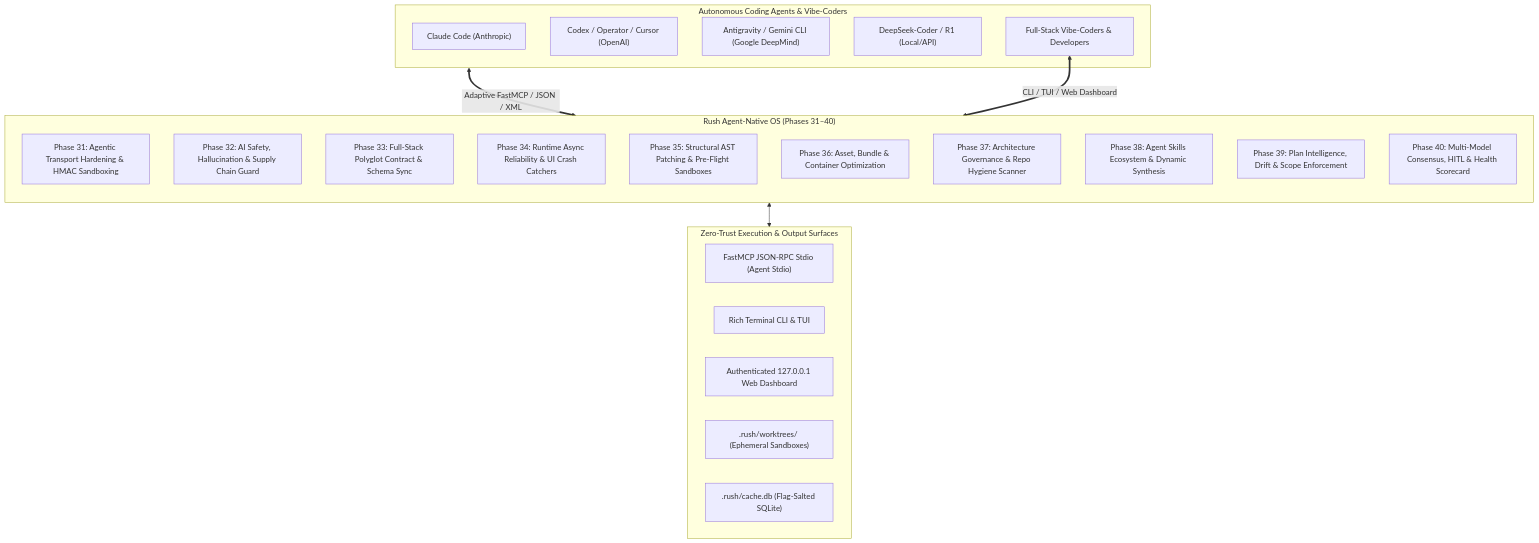
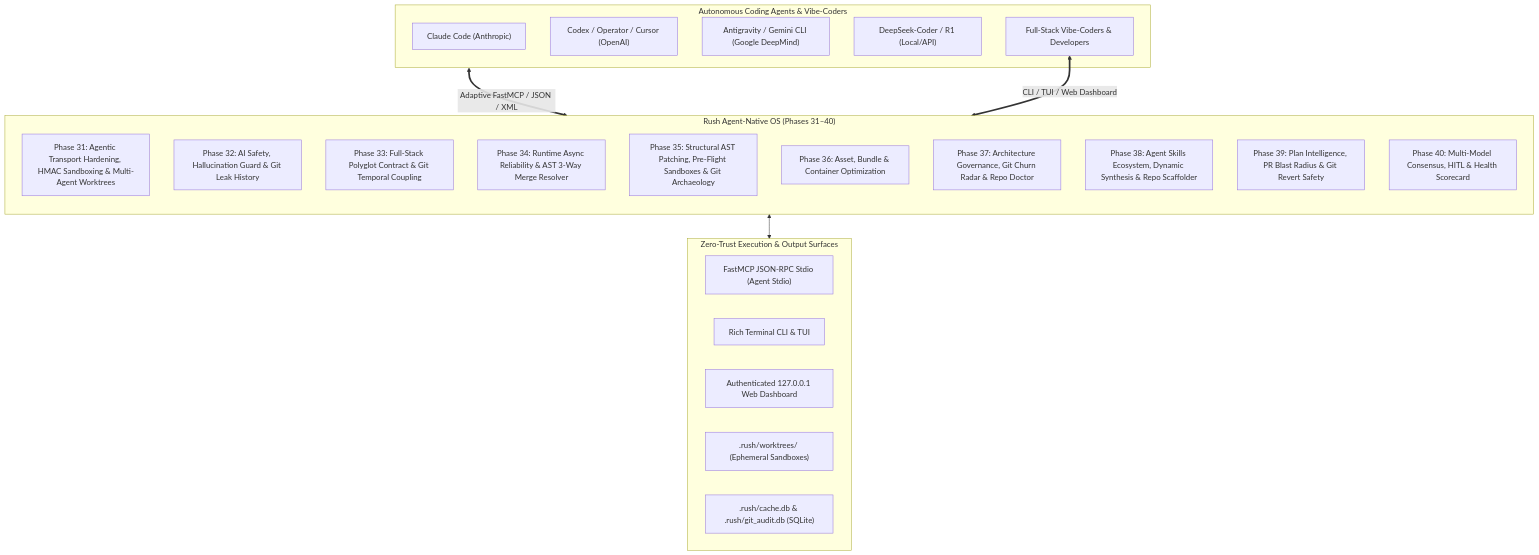
The first of 2 diagrams in docs/developer/master-brainstorm-innovation-plan.md (jamesdsizemore/rush-cli), drawn with Mermaid before and after one commit. The commit also changed other lines of this file and 1 other file, not shown here.

Commit message:
docs: integrate 16 git intelligence tools logically across Phases 31-40 in master plan

````diff
--- a/docs/developer/master-brainstorm-innovation-plan.md
+++ b/docs/developer/master-brainstorm-innovation-plan.md
@@ -19,36 +19,36 @@
 ```mermaid
 flowchart TD
   subgraph AgentEcosystem["Autonomous Coding Agents & Vibe-Coders"]
     Claude["Claude Code (Anthropic)"]
     Codex["Codex / Operator / Cursor (OpenAI)"]
     AGY["Antigravity / Gemini CLI (Google DeepMind)"]
     DeepSeek["DeepSeek-Coder / R1 (Local/API)"]
     Devs["Full-Stack Vibe-Coders & Developers"]
   end
 
   subgraph RushPlatform["Rush Agent-Native OS (Phases 31–40)"]
     direction TB
-    P31["Phase 31: Agentic Transport Hardening & HMAC Sandboxing"]
-    P32["Phase 32: AI Safety, Hallucination & Supply Chain Guard"]
-    P33["Phase 33: Full-Stack Polyglot Contract & Schema Sync"]
-    P34["Phase 34: Runtime Async Reliability & UI Crash Catchers"]
-    P35["Phase 35: Structural AST Patching & Pre-Flight Sandboxes"]
+    P31["Phase 31: Agentic Transport Hardening, HMAC Sandboxing & Multi-Agent Worktrees"]
+    P32["Phase 32: AI Safety, Hallucination Guard & Git Leak History"]
+    P33["Phase 33: Full-Stack Polyglot Contract & Git Temporal Coupling"]
+    P34["Phase 34: Runtime Async Reliability & AST 3-Way Merge Resolver"]
+    P35["Phase 35: Structural AST Patching, Pre-Flight Sandboxes & Git Archaeology"]
     P36["Phase 36: Asset, Bundle & Container Optimization"]
-    P37["Phase 37: Architecture Governance & Repo Hygiene Scanner"]
-    P38["Phase 38: Agent Skills Ecosystem & Dynamic Synthesis"]
-    P39["Phase 39: Plan Intelligence, Drift & Scope Enforcement"]
+    P37["Phase 37: Architecture Governance, Git Churn Radar & Repo Doctor"]
+    P38["Phase 38: Agent Skills Ecosystem, Dynamic Synthesis & Repo Scaffolder"]
+    P39["Phase 39: Plan Intelligence, PR Blast Radius & Git Revert Safety"]
     P40["Phase 40: Multi-Model Consensus, HITL & Health Scorecard"]
   end
 
   subgraph ExecutionSurfaces["Zero-Trust Execution & Output Surfaces"]
     FastMCP["FastMCP JSON-RPC Stdio (Agent Stdio)"]
     CLI["Rich Terminal CLI & TUI"]
     Dashboard["Authenticated 127.0.0.1 Web Dashboard"]
     Worktrees[".rush/worktrees/ (Ephemeral Sandboxes)"]
-    CacheDB[".rush/cache.db (Flag-Salted SQLite)"]
+    CacheDB[".rush/cache.db & .rush/git_audit.db (SQLite)"]
   end
 
   AgentEcosystem <==>|Adaptive FastMCP / JSON / XML| RushPlatform
   Devs <==>|CLI / TUI / Web Dashboard| RushPlatform
   RushPlatform <--> ExecutionSurfaces
 ```
````
